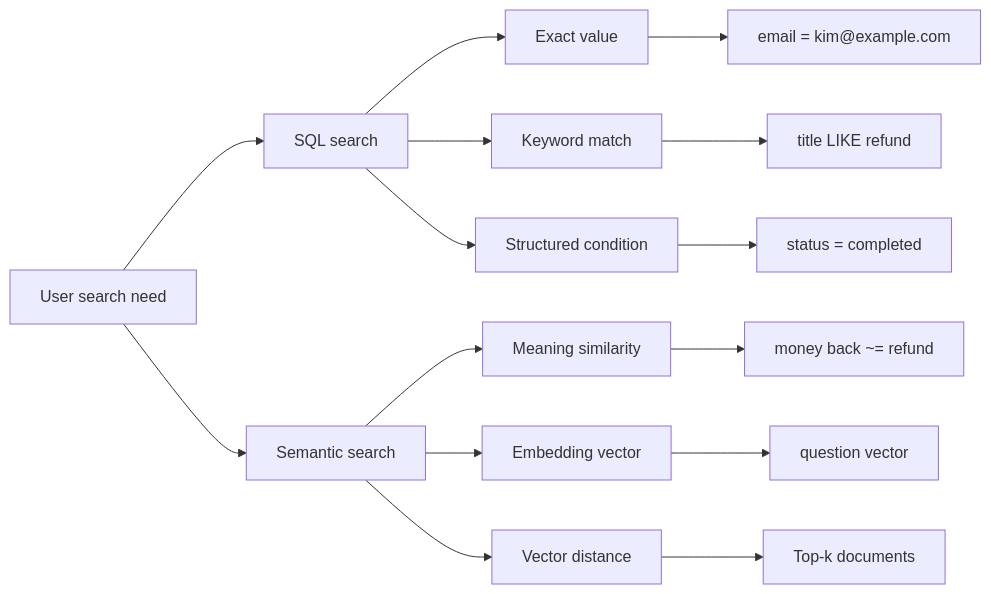
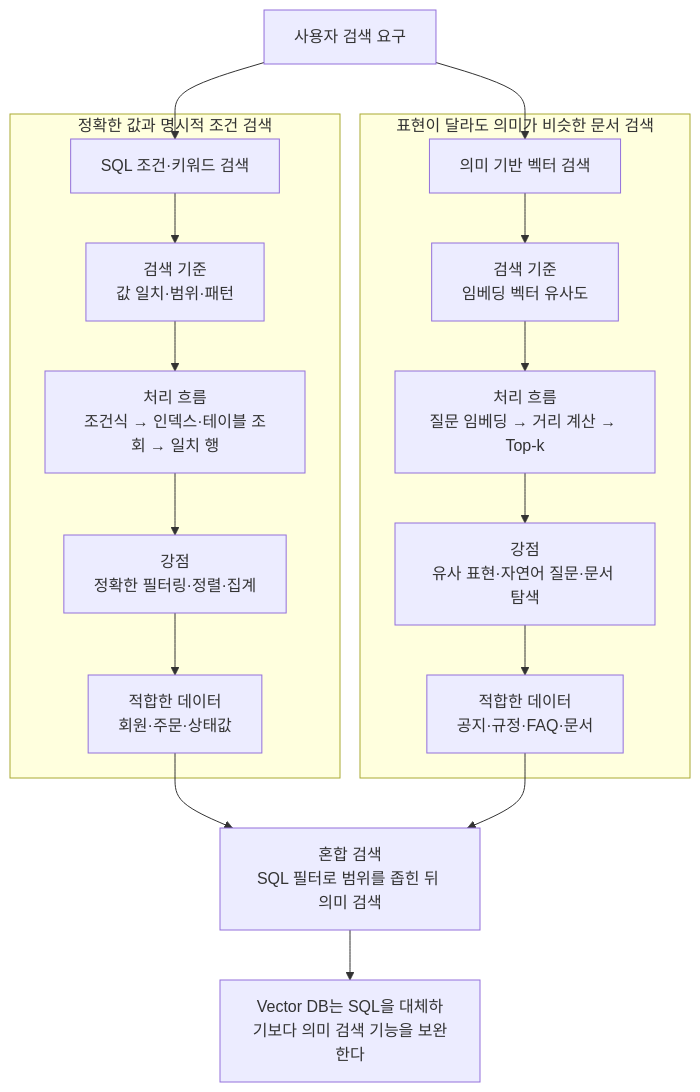
One commit to GilbertMoon/ai-database-book changed the diagram in images/chapter14/ch14_01_sql_vs_semantic_search.mmd. Above: the diagram before and after it, drawn with Mermaid.

Commit message:
Improve SQL and semantic search comparison source

```diff
--- a/images/chapter14/ch14_01_sql_vs_semantic_search.mmd
+++ b/images/chapter14/ch14_01_sql_vs_semantic_search.mmd
@@ -1,17 +1,23 @@
-flowchart LR
-    A[User search need] --> B[SQL search]
-    A --> C[Semantic search]
+flowchart TB
+    A[사용자 검색 요구]
 
-    B --> B1[Exact value]
-    B --> B2[Keyword match]
-    B --> B3[Structured condition]
-    B1 --> B4[email = kim@example.com]
-    B2 --> B5[title LIKE refund]
-    B3 --> B6[status = completed]
+    A --> B[SQL 조건·키워드 검색]
+    A --> C[의미 기반 벡터 검색]
 
-    C --> C1[Meaning similarity]
-    C --> C2[Embedding vector]
-    C --> C3[Vector distance]
-    C1 --> C4[money back ~= refund]
-    C2 --> C5[question vector]
-    C3 --> C6[Top-k documents]
+    subgraph SQL[정확한 값과 명시적 조건 검색]
+        B --> B1[검색 기준<br/>값 일치·범위·패턴]
+        B1 --> B2[처리 흐름<br/>조건식 → 인덱스·테이블 조회 → 일치 행]
+        B2 --> B3[강점<br/>정확한 필터링·정렬·집계]
+        B3 --> B4[적합한 데이터<br/>회원·주문·상태값]
+    end
+
+    subgraph SEMANTIC[표현이 달라도 의미가 비슷한 문서 검색]
+        C --> C1[검색 기준<br/>임베딩 벡터 유사도]
+        C1 --> C2[처리 흐름<br/>질문 임베딩 → 거리 계산 → Top-k]
+        C2 --> C3[강점<br/>유사 표현·자연어 질문·문서 탐색]
+        C3 --> C4[적합한 데이터<br/>공지·규정·FAQ·문서]
+    end
+
+    B4 --> D[혼합 검색<br/>SQL 필터로 범위를 좁힌 뒤 의미 검색]
+    C4 --> D
+    D --> E[Vector DB는 SQL을 대체하기보다 의미 검색 기능을 보완한다]
```
